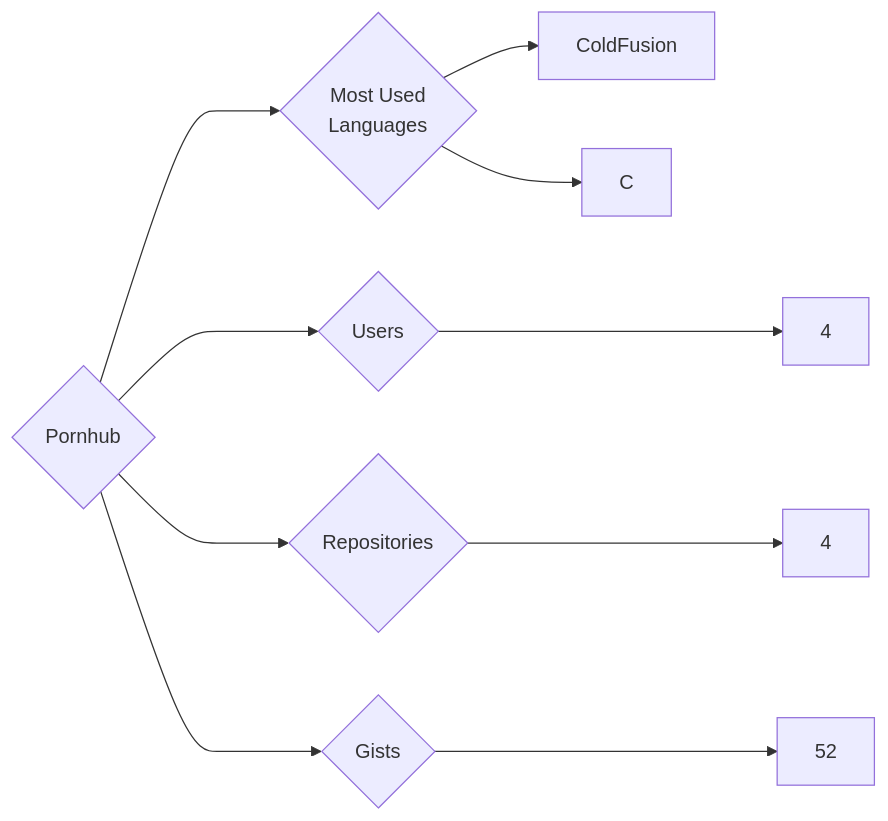
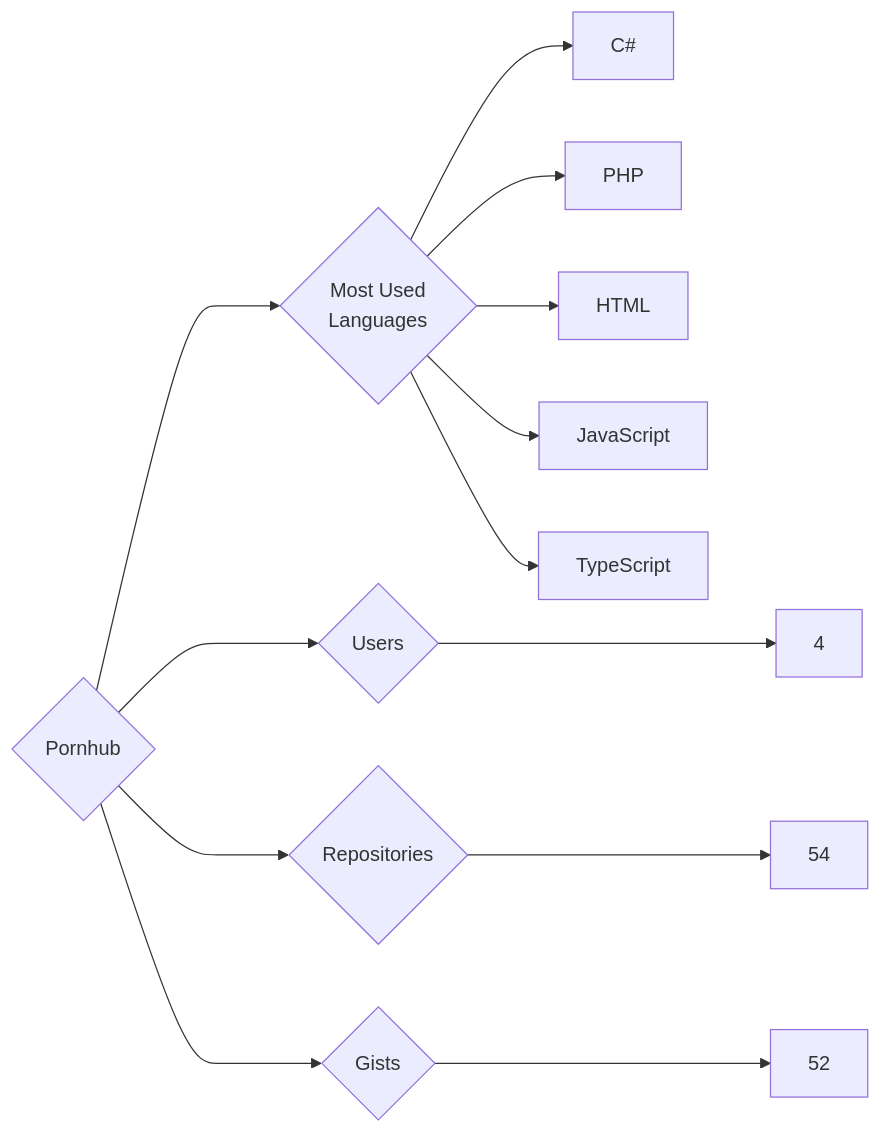
One commit to trickest/insiders changed the diagram in targets/Pornhub/README.md. Above: the diagram before and after it, drawn with Mermaid. The commit also changed 597 other files, not shown here.

````diff
--- a/targets/Pornhub/README.md
+++ b/targets/Pornhub/README.md
@@ -3,10 +3,13 @@
 ```mermaid
 graph LR
 COMPANY_NAME{Pornhub}
 COMPANY_NAME ---> U{Users} ---> UN[4]
-COMPANY_NAME ---> R{Repositories} ---> RN[4]
+COMPANY_NAME ---> R{Repositories} ---> RN[54]
 COMPANY_NAME ---> G{Gists} ---> GN[52]
 COMPANY_NAME ---> ML{Most Used<br>Languages}
-ML --> ColdFusion[ColdFusion]
-ML --> C[C]
+ML --> C#[C#]
+ML --> PHP[PHP]
+ML --> HTML[HTML]
+ML --> JavaScript[JavaScript]
+ML --> TypeScript[TypeScript]
 ```
````
